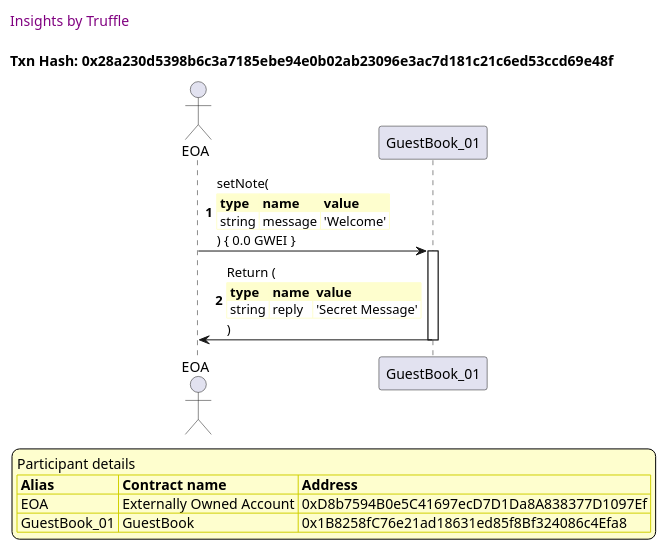
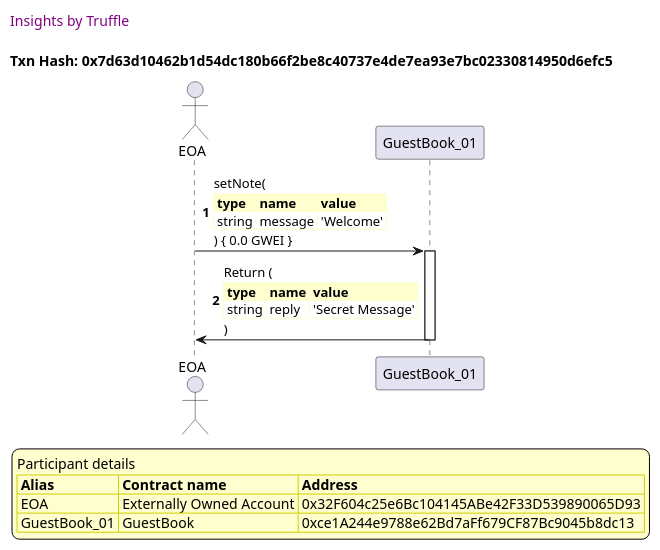
Before and after one commit to trufflesuite/txlog-seedlings: the sixth of 6 diagrams in truffle-seq/constructor.test.md, drawn with PlantUML. The commit also changed other lines of this file and 8 other files, not shown here.

````diff
--- a/truffle-seq/constructor.test.md
+++ b/truffle-seq/constructor.test.md
@@ -246,43 +246,43 @@
 ```plantuml
 
 
 @startuml
 
 autonumber
 skinparam legendBackgroundColor #FEFECE
 
 <style>
       header {
         HorizontalAlignment left
         FontColor purple
         FontSize 14
         Padding 10
       }
     </style>
 
 header Insights by Truffle
 
-title Txn Hash: 0x28a230d5398b6c3a7185ebe94e0b02ab23096e3ac7d181c21c6ed53ccd69e48f
+title Txn Hash: 0x7d63d10462b1d54dc180b66f2be8c40737e4de7ea93e7bc02330814950d6efc5
 
 
 actor EOA as "EOA"
 participant GuestBook_01 as "GuestBook_01"
 
 "EOA" -> "GuestBook_01" ++: setNote(\n\
 <#FEFECE,#FEFECE>|= type |= name |= value |\n\
 | string | message | 'Welcome' |\n\
 ) { 0.0 GWEI }
 "GuestBook_01" -> "EOA" --: Return (\n\
 <#FEFECE,#FEFECE>|= type |= name |= value |\n\
 | string | reply | 'Secret Message' |\n\
 )
 
 legend
 Participant details
 <#FEFECE,#D0D000>|= Alias |= Contract name |= Address |
-<#FEFECE>| EOA | Externally Owned Account | 0xD8b7594B0e5C41697ecD7D1Da8A838377D1097Ef |
-<#FEFECE>| GuestBook_01 | GuestBook | 0x1B8258fC76e21ad18631ed85f8Bf324086c4Efa8 |
+<#FEFECE>| EOA | Externally Owned Account | 0x32F604c25e6Bc104145ABe42F33D539890065D93 |
+<#FEFECE>| GuestBook_01 | GuestBook | 0xce1A244e9788e62Bd7aFf679CF87Bc9045b8dc13 |
 endlegend
 
 @enduml
 ```
````
